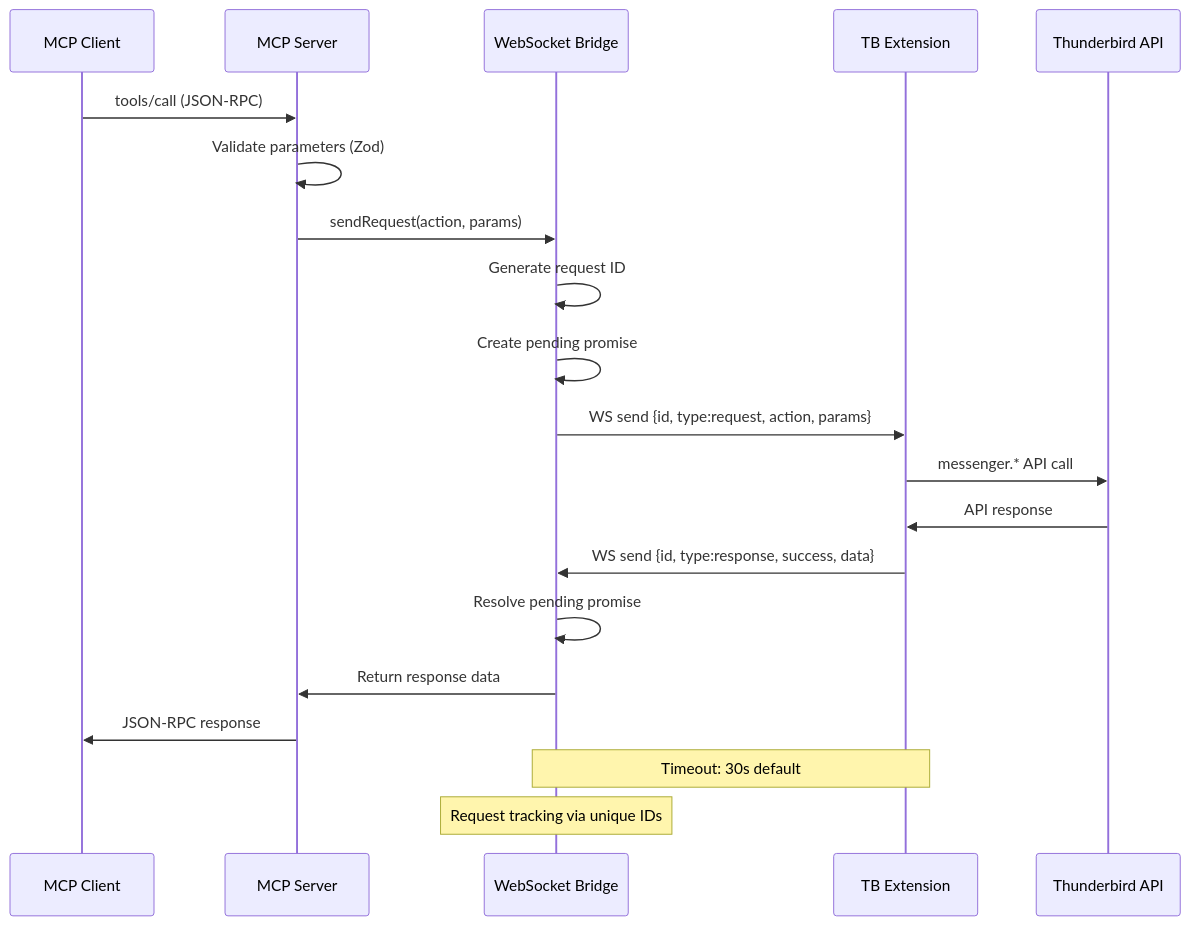
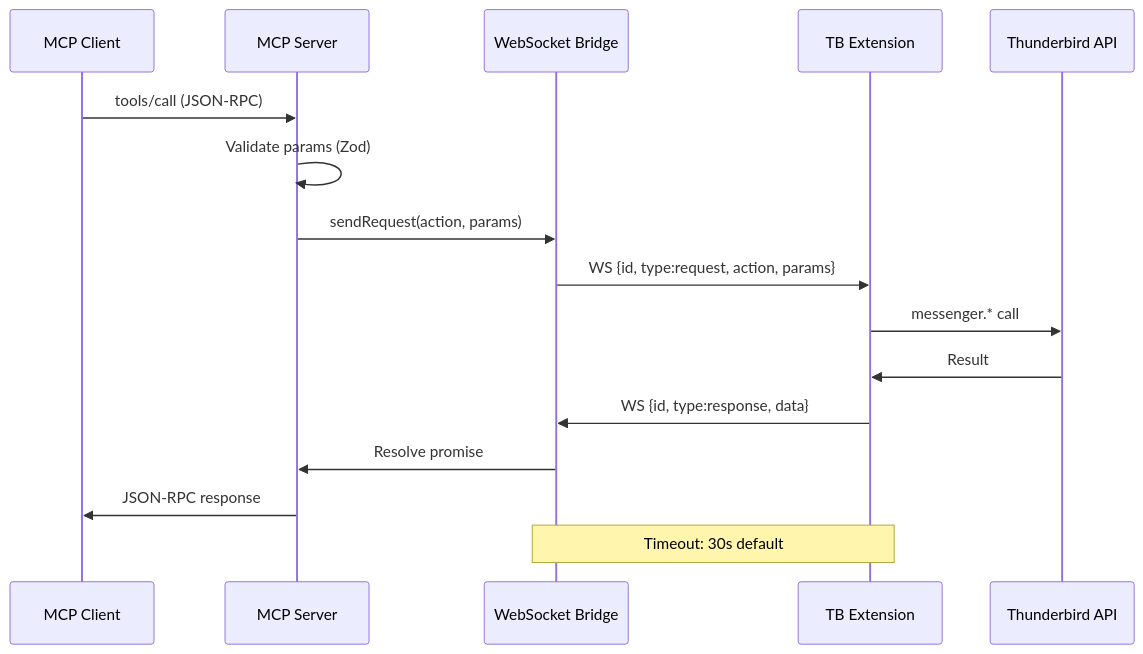
One commit to assistance-micro-design/zileo-mcp-thunderbird changed the second of 3 diagrams in docs/architecture/overview.md. Above: the diagram before and after it, drawn with Mermaid. The commit also changed other lines of this file and 28 other files, not shown here.

````diff
--- a/docs/architecture/overview.md
+++ b/docs/architecture/overview.md
@@ -219,24 +71,20 @@
 ```mermaid
 sequenceDiagram
     participant Client as MCP Client
     participant Server as MCP Server
     participant Bridge as WebSocket Bridge
     participant Extension as TB Extension
     participant API as Thunderbird API
 
     Client->>Server: tools/call (JSON-RPC)
-    Server->>Server: Validate parameters (Zod)
+    Server->>Server: Validate params (Zod)
     Server->>Bridge: sendRequest(action, params)
-    Bridge->>Bridge: Generate request ID
-    Bridge->>Bridge: Create pending promise
-    Bridge->>Extension: WS send {id, type:request, action, params}
-    Extension->>API: messenger.* API call
-    API->>Extension: API response
-    Extension->>Bridge: WS send {id, type:response, success, data}
-    Bridge->>Bridge: Resolve pending promise
-    Bridge->>Server: Return response data
+    Bridge->>Extension: WS {id, type:request, action, params}
+    Extension->>API: messenger.* call
+    API->>Extension: Result
+    Extension->>Bridge: WS {id, type:response, data}
+    Bridge->>Server: Resolve promise
     Server->>Client: JSON-RPC response
 
     Note over Bridge,Extension: Timeout: 30s default
-    Note over Bridge: Request tracking via unique IDs
 ```
````
